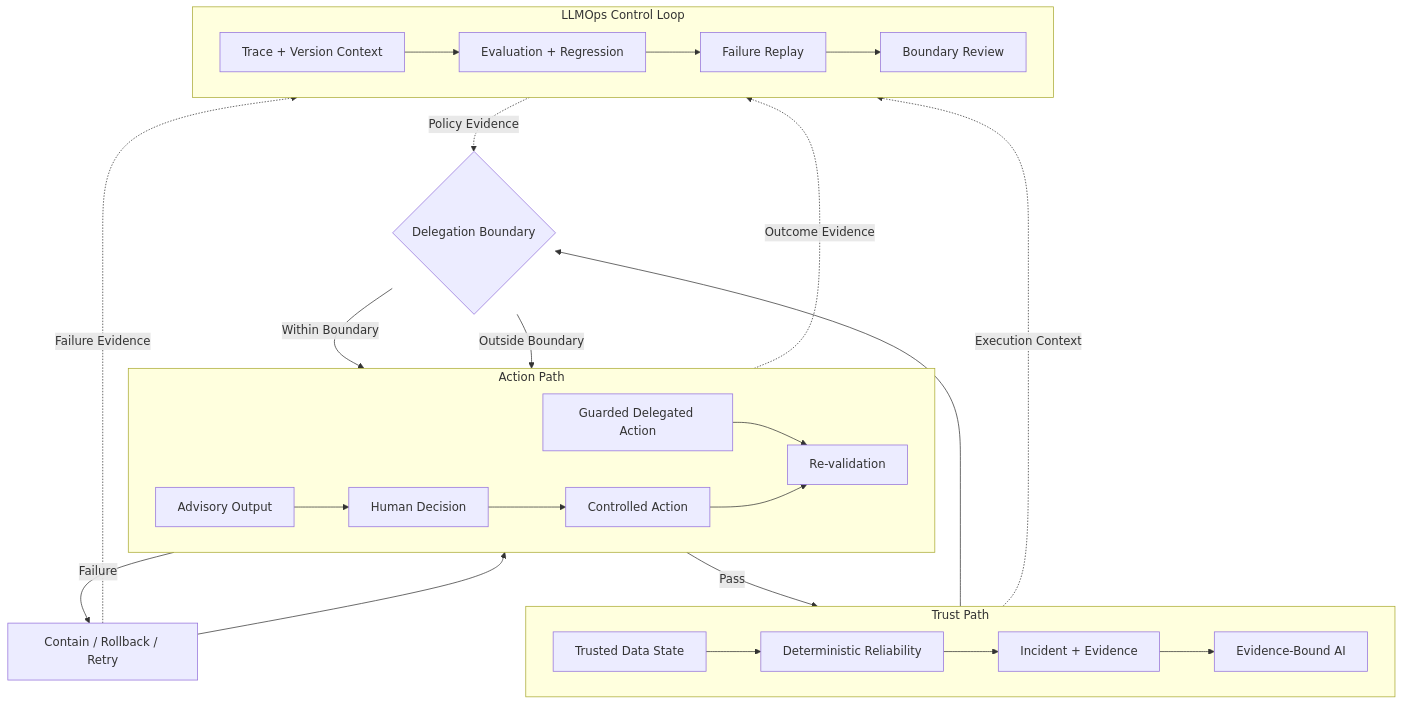
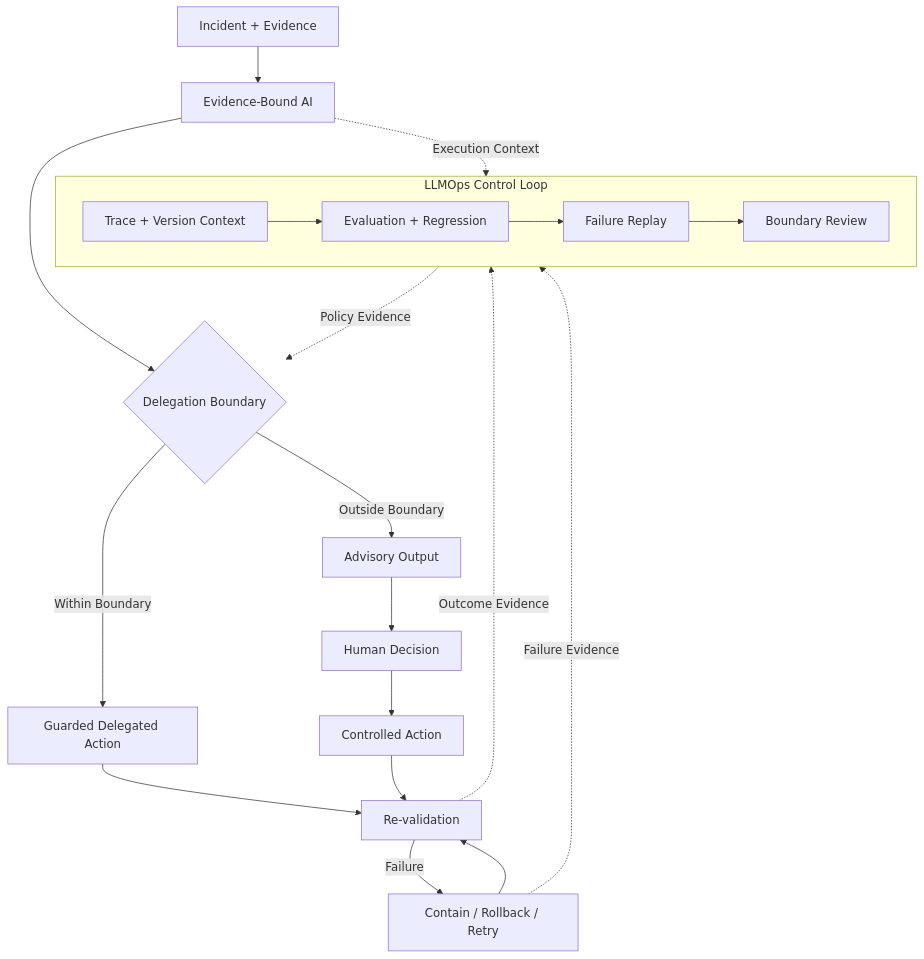
Before and after one commit to mols3131d/hmda-data-reliability: the second of 2 diagrams in docs/VISION.md, drawn with Mermaid. The commit also changed other lines of this file, not shown here.

Commit message:
docs: split vision system diagrams

````diff
--- a/docs/VISION.md
+++ b/docs/VISION.md
@@ -54,38 +79,27 @@
 ```mermaid
 flowchart TB
-    subgraph trust["Trust Path"]
-        direction LR
-        state["Trusted Data State"] --> reliability["Deterministic Reliability"]
-        reliability --> evidence["Incident + Evidence"]
-        evidence --> ai["Evidence-Bound AI"]
-    end
-
+    evidence["Incident + Evidence"] --> ai["Evidence-Bound AI"]
     ai --> boundary{"Delegation Boundary"}
 
-    subgraph action["Action Path"]
-        direction LR
-        delegated["Guarded Delegated Action"] --> verify["Re-validation"]
-        advisory["Advisory Output"] --> human["Human Decision"]
-        human --> controlled["Controlled Action"]
-        controlled --> verify
-    end
+    boundary -->|Within Boundary| delegated["Guarded Delegated Action"]
+    boundary -->|Outside Boundary| advisory["Advisory Output"]
+    advisory --> human["Human Decision"]
+    human --> controlled["Controlled Action"]
 
-    boundary -->|Within Boundary| delegated
-    boundary -->|Outside Boundary| advisory
-
-    verify -->|Pass| state
+    delegated --> verify["Re-validation"]
+    controlled --> verify
     verify -->|Failure| recovery["Contain / Rollback / Retry"]
     recovery --> verify
 
     subgraph llmops["LLMOps Control Loop"]
         direction LR
         trace["Trace + Version Context"] --> eval["Evaluation + Regression"]
         eval --> replay["Failure Replay"]
         replay --> review["Boundary Review"]
     end
 
     ai -. Execution Context .-> trace
     verify -. Outcome Evidence .-> trace
     recovery -. Failure Evidence .-> trace
     review -. Policy Evidence .-> boundary
 ```
````
